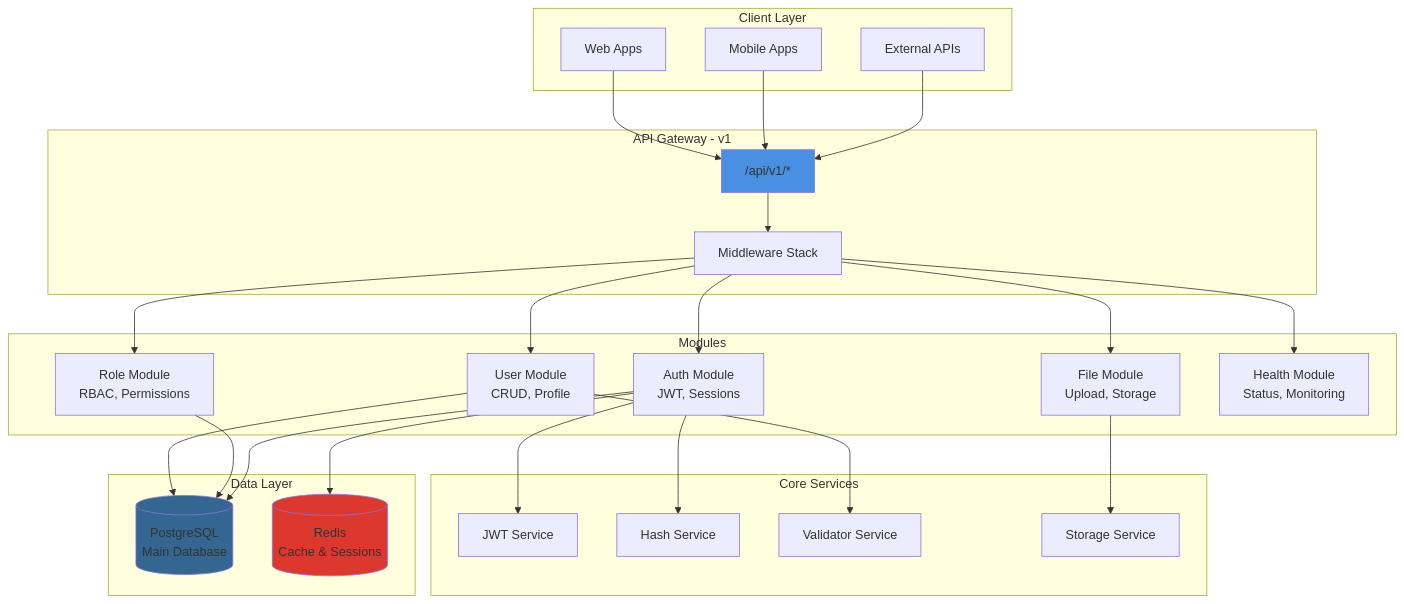
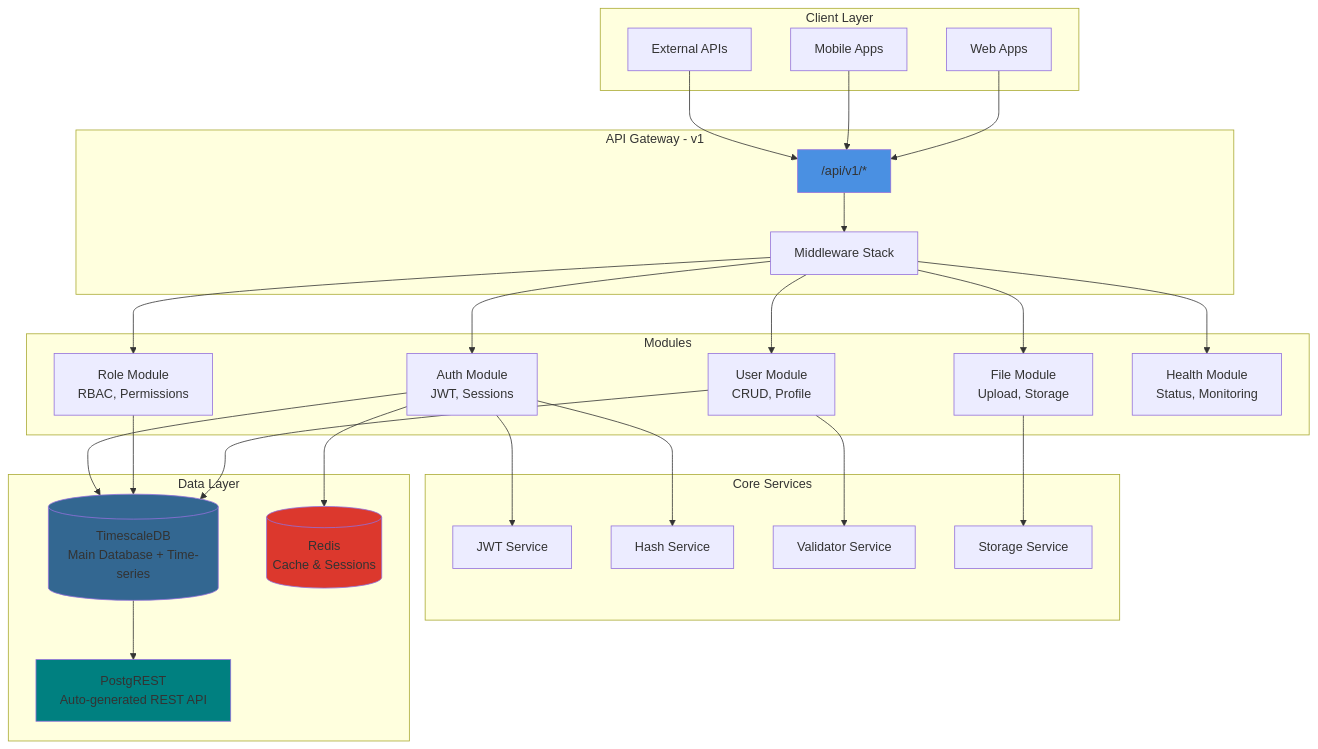
Before and after one commit to gabrielmaialva33/base-acl-api: the first of 6 diagrams in README.md, drawn with Mermaid. The commit also changed other lines of this file and 1 other file, not shown here.

Commit message:
chore(docs): update README and README-pt with TimescaleDB and PostgREST
Updated architectural diagrams and documentation in both `README.md` and `README-pt.md` to reflect the migration to TimescaleDB and the integration of PostgREST. Added details on time-series capabilities, auto-generated REST API support, and updated feature descriptions for clarity.

````diff
--- a/README.md
+++ b/README.md
@@ -43,58 +43,62 @@
 ```mermaid
 graph TB
     subgraph "Client Layer"
         WEB[Web Apps]
         MOB[Mobile Apps]
         API[External APIs]
     end
     
     subgraph "API Gateway - v1"
         ROUTES["/api/v1/*"]
         MW[Middleware Stack]
     end
     
     subgraph "Modules"
         AUTH[Auth Module<br/>JWT, Sessions]
         USER[User Module<br/>CRUD, Profile]
         ROLE[Role Module<br/>RBAC, Permissions]
         FILE[File Module<br/>Upload, Storage]
         HEALTH[Health Module<br/>Status, Monitoring]
     end
     
     subgraph "Core Services"
         JWT[JWT Service]
         HASH[Hash Service]
         VALIDATOR[Validator Service]
         STORAGE[Storage Service]
     end
     
     subgraph "Data Layer"
-        PG[(PostgreSQL<br/>Main Database)]
+        TS[(TimescaleDB<br/>Main Database + Time-series)]
         REDIS[(Redis<br/>Cache & Sessions)]
+        PGREST[PostgREST<br/>Auto-generated REST API]
     end
     
     WEB --> ROUTES
     MOB --> ROUTES
     API --> ROUTES
     
     ROUTES --> MW
     MW --> AUTH
     MW --> USER
     MW --> ROLE
     MW --> FILE
     MW --> HEALTH
     
     AUTH --> JWT
     AUTH --> HASH
     USER --> VALIDATOR
     FILE --> STORAGE
     
-    USER --> PG
-    ROLE --> PG
-    AUTH --> PG
+    USER --> TS
+    ROLE --> TS
+    AUTH --> TS
     AUTH --> REDIS
     
+    TS --> PGREST
+    
     style ROUTES fill:#4A90E2
-    style PG fill:#336791
+    style TS fill:#336791
     style REDIS fill:#DC382D
+    style PGREST fill:#008080
 ```
````
